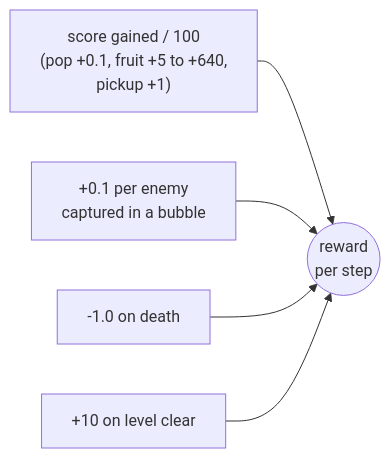
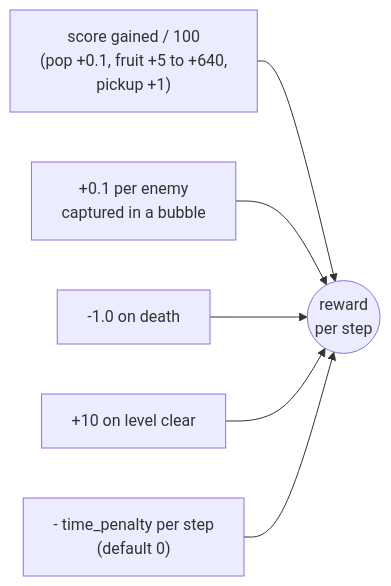
Before and after one commit to ScottRLamkin/BubbleBobbleRL: the third of 4 diagrams in docs/training-setup.md, drawn with Mermaid. The commit also changed other lines of this file and 6 other files, not shown here.

First line of the commit message:
Richer state observation, multi-level training, time penalty, pop-reward option

````diff
--- a/docs/training-setup.md
+++ b/docs/training-setup.md
@@ -56,7 +57,8 @@
 ```mermaid
 flowchart LR
     S["score gained / 100<br/>(pop +0.1, fruit +5 to +640,<br/>pickup +1)"] --> R(("reward<br/>per step"))
     C["+0.1 per enemy<br/>captured in a bubble"] --> R
     D["-1.0 on death"] --> R
     L["+10 on level clear"] --> R
+    T["- time_penalty per step<br/>(default 0)"] --> R
 ```
````
